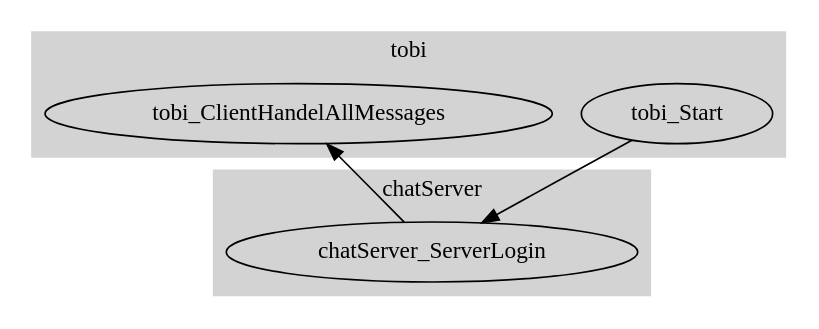
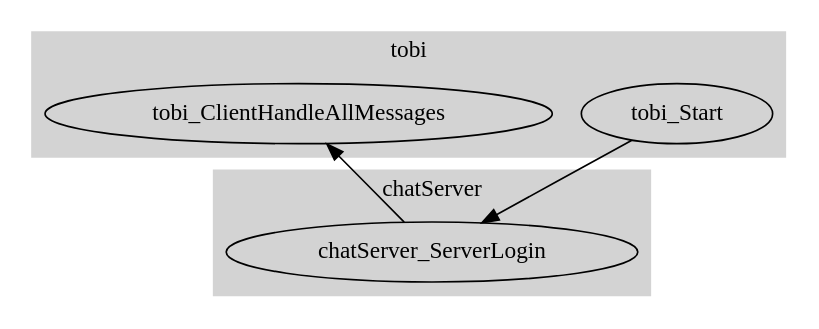
The diagram in doc/ClientLoginFlow.dot (fujaba/SDMLib), drawn with Graphviz before and after one commit. The commit also changed 14 other files, not shown here.

Commit message:
swimlane diagrams: collect loggers on startPeer

```diff
--- a/doc/ClientLoginFlow.dot
+++ b/doc/ClientLoginFlow.dot
@@ -1,25 +1,27 @@
  digraph TaskFlowDiagram {
     
     subgraph clustertobi {
     	rankdir="LR";
     	style=filled;
 		color=lightgrey;
-       tobi_Start;
-       tobi_ClientHandelAllMessages;
+        tobi_Start;
+        tobi_ClientHandleAllMessages;
 
     	label = "tobi";
     }
+    
     subgraph clusterchatServer {
     	rankdir="LR";
     	style=filled;
 		color=lightgrey;
-       chatServer_ServerLogin;
+        chatServer_ServerLogin;
 
     	label = "chatServer";
     }
- 
+    
+
     
     tobi_Start -> chatServer_ServerLogin; 
-    chatServer_ServerLogin -> tobi_ClientHandelAllMessages; 
+    chatServer_ServerLogin -> tobi_ClientHandleAllMessages; 
 
 }
```
